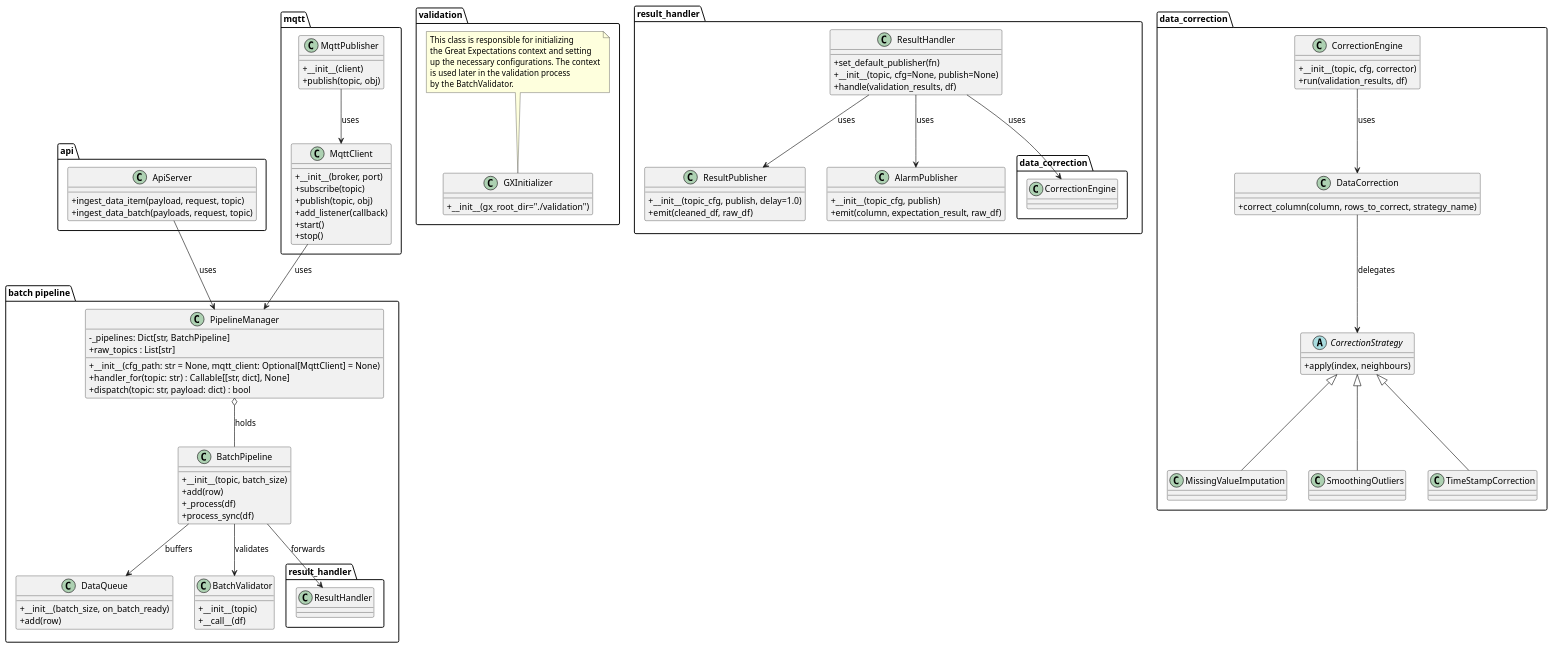
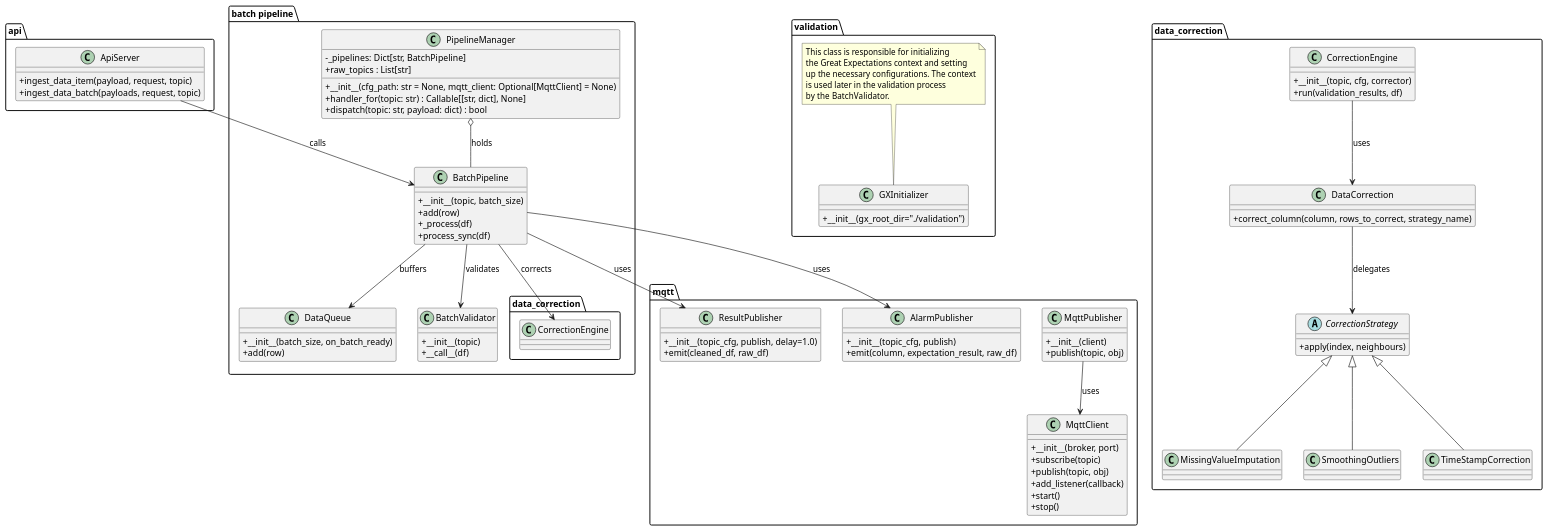
The diagram in class-diagram.plantuml (schimmj/ds2-ddt), drawn with PlantUML before and after one commit. The commit also changed 12 other files, not shown here.

Commit message:
main: 	- Fixed missing mqtt client exception: Now application can start without mqtt broker 	-removed Result handler 	- moved the call of the correction engine directly in the pipeline 	- pipeline _process call now handles the mqtt publishing directly

```diff
--- a/class-diagram.plantuml
+++ b/class-diagram.plantuml
@@ -1,136 +1,126 @@
 @startuml ds2
 skinparam classAttributeIconSize 0
 
 ' ─────────────── API Ingestion ─────────────────────────────
 package "api" {
     class ApiServer {
         + ingest_data_item(payload, request, topic)
         + ingest_data_batch(payloads, request, topic)
     }
 }
 
 
 
 ' ─────────────── MQTT / routing ───────────────────────────
 package mqtt {
     class MqttClient {
         +__init__(broker, port)
         +subscribe(topic)
         +publish(topic, obj)
         +add_listener(callback)
         +start()
         +stop()
     }
 
     class MqttPublisher {
         +__init__(client)
         +publish(topic, obj)
     }
 
+    class ResultPublisher {
+        +__init__(topic_cfg, publish, delay=1.0)
+        +emit(cleaned_df, raw_df)
+    }
+
+    class AlarmPublisher {
+        + __init__(topic_cfg, publish)
+        + emit(column, expectation_result, raw_df)
+    }
 
     MqttPublisher --> MqttClient : uses
 }
 
 ' ─────────────── Batch pipeline ───────────────────────────
 package "batch pipeline" {
     class PipelineManager {
         - _pipelines: Dict[str, BatchPipeline]
         + __init__(cfg_path: str = None, mqtt_client: Optional[MqttClient] = None)
         + handler_for(topic: str) : Callable[[str, dict], None]
         + dispatch(topic: str, payload: dict) : bool
         + raw_topics : List[str]
     }
 
 
     class DataQueue {
         +__init__(batch_size, on_batch_ready)
         +add(row)
     }
 
     class BatchValidator {
         +__init__(topic)
         +__call__(df)
     }
 
     class BatchPipeline {
         +__init__(topic, batch_size)
         +add(row)
         +_process(df)
         +process_sync(df)
     }
 
     BatchPipeline --> DataQueue        : buffers
     BatchPipeline --> BatchValidator   : validates
-    BatchPipeline --> result_handler.ResultHandler : forwards
+    BatchPipeline --> data_correction.CorrectionEngine : corrects
+    
+    BatchPipeline --> mqtt.ResultPublisher : uses
+    BatchPipeline --> mqtt.AlarmPublisher  : uses
+
     PipelineManager o-- BatchPipeline    : holds  
 }
 
-ApiServer        --> PipelineManager : uses  
-MqttClient       --> PipelineManager : uses  
+ApiServer        --> BatchPipeline : calls   
 
 ' ─────────────── Validation bootstrap ────────────────────
 package validation {
     class GXInitializer {
         +__init__(gx_root_dir="./validation")
     }
     note top of GXInitializer
         This class is responsible for initializing
         the Great Expectations context and setting
         up the necessary configurations. The context
         is used later in the validation process
         by the BatchValidator.
     end note
 }
 
-' ─────────────── Result handling / publish ───────────────
-package result_handler {
-    class ResultHandler {
-        +set_default_publisher(fn)
-        +__init__(topic, cfg=None, publish=None)
-        +handle(validation_results, df)
-    }
-
-    class ResultPublisher {
-        +__init__(topic_cfg, publish, delay=1.0)
-        +emit(cleaned_df, raw_df)
-    }
-
-    class AlarmPublisher {
-        + __init__(topic_cfg, publish)
-        + emit(column, expectation_result, raw_df)
-    }
-
-    ResultHandler --> ResultPublisher      : uses
-    ResultHandler --> AlarmPublisher       : uses
-    ResultHandler --> data_correction.CorrectionEngine : uses
-}
 
 ' ─────────────── Data-correction engine ───────────────────
 package data_correction {
     class CorrectionEngine {
         +__init__(topic, cfg, corrector)
         +run(validation_results, df)
     }
 
     class DataCorrection {
         +correct_column(column, rows_to_correct, strategy_name)
     }
 
     abstract class CorrectionStrategy {
         +apply(index, neighbours)
     }
 
     class MissingValueImputation
     class SmoothingOutliers
 
     CorrectionStrategy <|-- MissingValueImputation
     CorrectionStrategy <|-- SmoothingOutliers
     CorrectionStrategy <|-- TimeStampCorrection
 
     CorrectionEngine --> DataCorrection : uses
     DataCorrection   --> CorrectionStrategy : delegates
 }
 
 ' ─────────────── Cross-package links ─────────────────────
 
 @enduml
```
